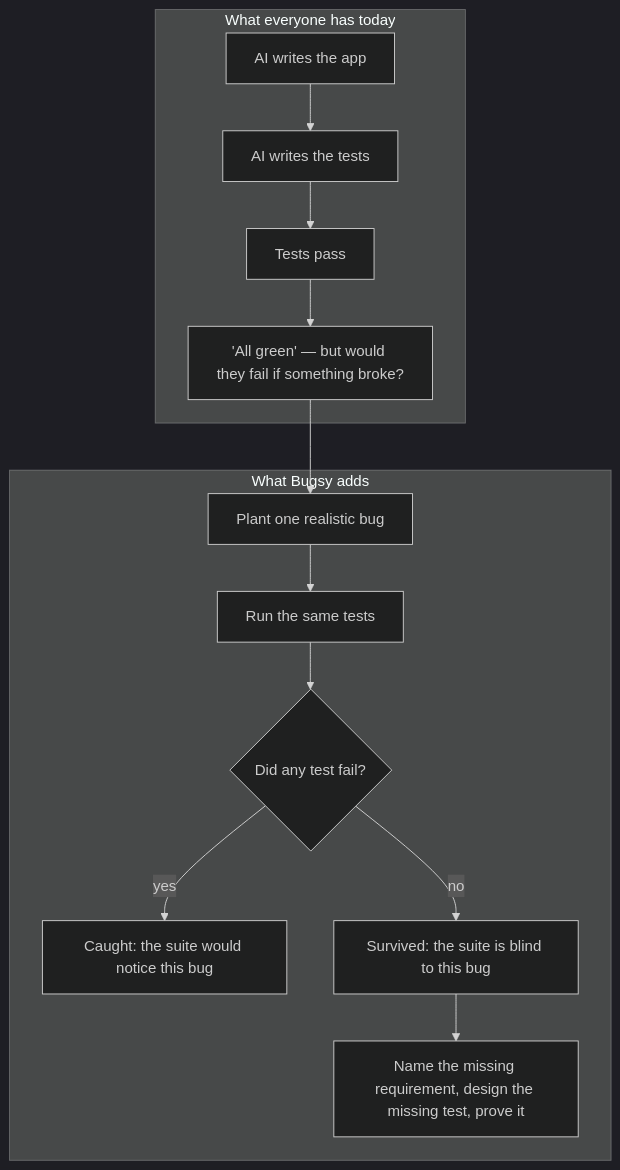
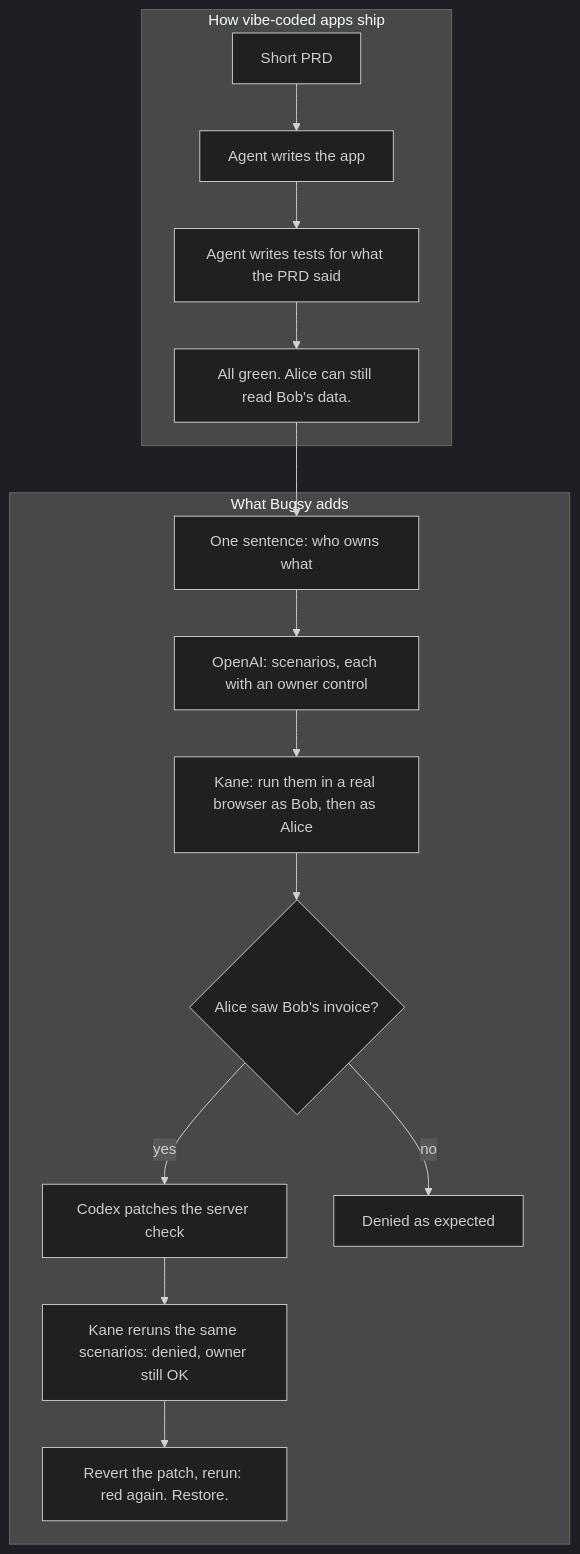
One commit to aayushkhator1994/bugsy changed the first of 6 diagrams in docs/how-it-works.md. Above: the diagram before and after it, drawn with Mermaid (dark theme). The commit also changed other lines of this file and 7 other files, not shown here.

Commit message:
Spec v2: security seatbelt (two-account authz checks, Codex patch, self-check); docs and review page updated

````diff
--- a/docs/how-it-works.md
+++ b/docs/how-it-works.md
@@ -9,13 +9,13 @@
 ```mermaid
 flowchart TB
-  subgraph before["What everyone has today"]
-    A1[AI writes the app] --> A2[AI writes the tests] --> A3[Tests pass] --> A4["'All green' — but would they fail if something broke?"]
+  subgraph today["How vibe-coded apps ship"]
+    A1["Short PRD"] --> A2["Agent writes the app"] --> A3["Agent writes tests for what the PRD said"] --> A4["All green. Alice can still read Bob's data."]
   end
   subgraph bugsy["What Bugsy adds"]
-    B1[Plant one realistic bug] --> B2[Run the same tests] --> B3{Did any test fail?}
-    B3 -->|yes| B4[Caught: the suite would notice this bug]
-    B3 -->|no| B5[Survived: the suite is blind to this bug]
-    B5 --> B6[Name the missing requirement, design the missing test, prove it]
+    B1["One sentence: who owns what"] --> B2["OpenAI: scenarios, each with an owner control"] --> B3["Kane: run them in a real browser as Bob, then as Alice"]
+    B3 --> B4{"Alice saw Bob's invoice?"}
+    B4 -->|yes| B5["Codex patches the server check"] --> B6["Kane reruns the same scenarios: denied, owner still OK"] --> B7["Revert the patch, rerun: red again. Restore."]
+    B4 -->|no| B8["Denied as expected"]
   end
   A4 --> B1
 ```
````
